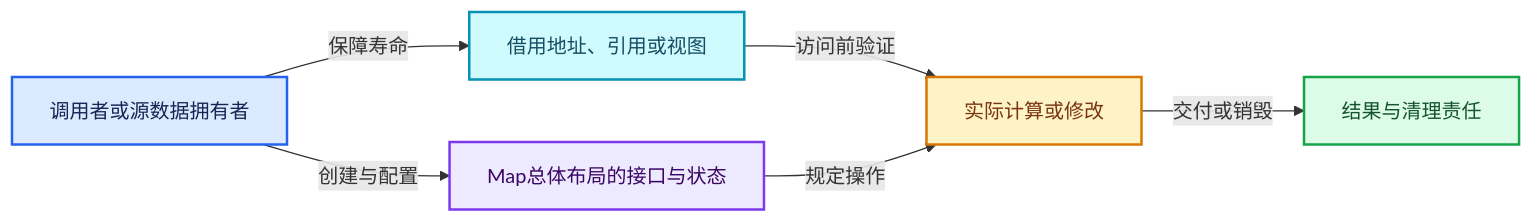
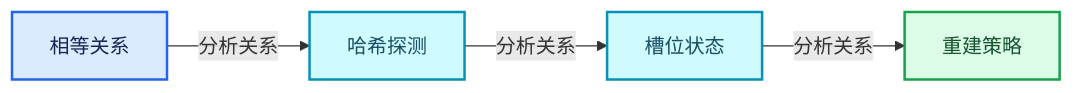
The third of 4 diagrams in 杂/markdown/全面学习-codex/02-哈希表与关联数据结构/02-Map总体布局.md (yunkezengren/blender-.vscode), drawn with Mermaid before and after one commit. The commit also changed other lines of this file and 1930 other files, not shown here.

````diff
--- a/杂/markdown/全面学习-codex/02-哈希表与关联数据结构/02-Map总体布局.md
+++ b/杂/markdown/全面学习-codex/02-哈希表与关联数据结构/02-Map总体布局.md
@@ -691,19 +64,16 @@
 ```mermaid
 flowchart LR
-  O["调用者或源数据拥有者"]:::input
-  V["Map总体布局的接口与状态"]:::abstraction
-  B["借用地址、引用或视图"]:::data
-  W["实际计算或修改"]:::compute
-  R["结果与清理责任"]:::result
-  O -->|"创建与配置"| V
-  O -->|"保障寿命"| B
-  B -->|"访问前验证"| W
-  V -->|"规定操作"| W
-  W -->|"交付或销毁"| R
+  P0["相等关系"]:::input
+  P1["哈希探测"]:::data
+  P2["槽位状态"]:::data
+  P3["重建策略"]:::result
+  P0 -->|"分析关系"| P1
+  P1 -->|"分析关系"| P2
+  P2 -->|"分析关系"| P3
   classDef input fill:#DBEAFE,stroke:#2563EB,color:#172554,stroke-width:2px;
   classDef data fill:#CFFAFE,stroke:#0891B2,color:#164E63,stroke-width:2px;
   classDef abstraction fill:#EDE9FE,stroke:#7C3AED,color:#3B0764,stroke-width:2px;
   classDef compute fill:#FEF3C7,stroke:#D97706,color:#78350F,stroke-width:2px;
   classDef result fill:#DCFCE7,stroke:#16A34A,color:#14532D,stroke-width:2px;
   classDef error fill:#FEE2E2,stroke:#DC2626,color:#7F1D1D,stroke-width:2px;
 ```
````
